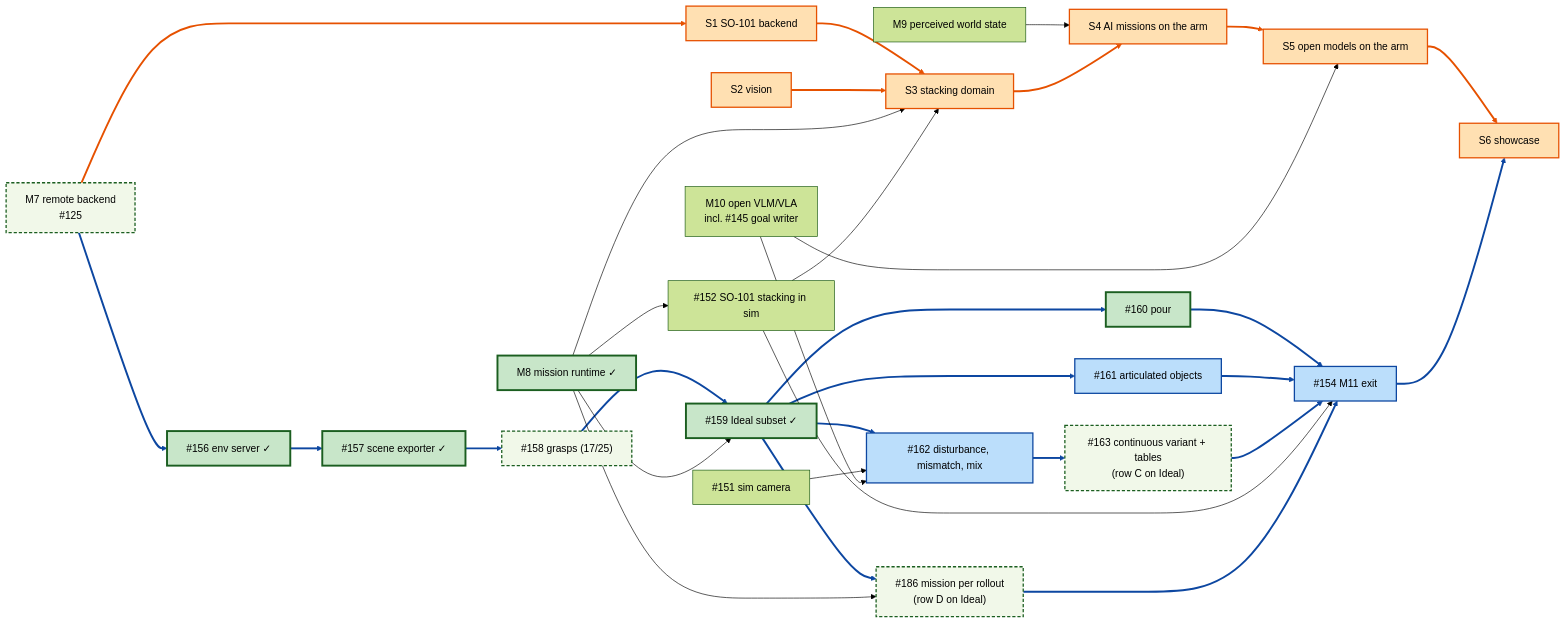
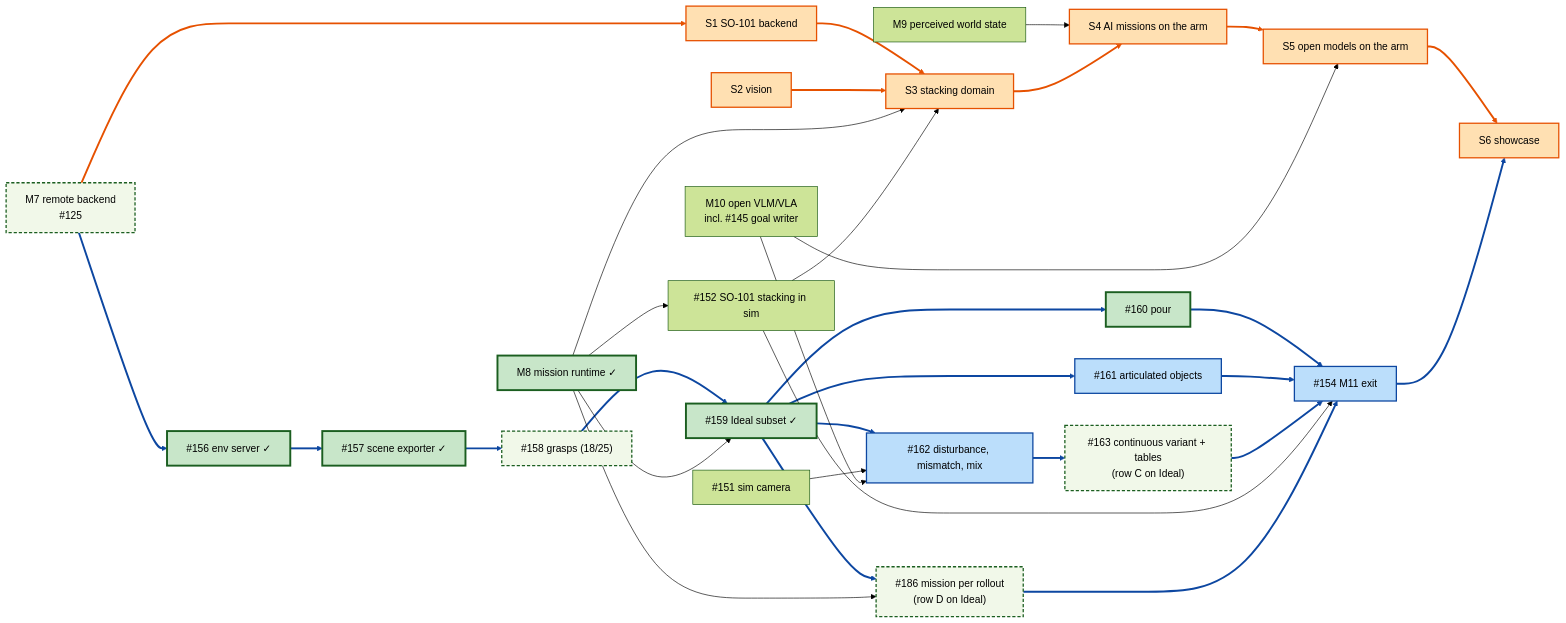
The diagram in docs/plans/roadmap.md (thanhndv212/long-tamp), drawn with Mermaid (forest theme) before and after one commit. The commit also changed other lines of this file and 2 other files, not shown here.

Commit message:
docs(eval): record the R3 grasp-lift of all 25 classes with thin-rim pinches (#158)
A rerun of every class on the current code, rack at
Memory_Execution/case1 (0.75 m out; at Ideal/case2 none of its handles
plans): 18 of 25 picked and 5 held. white_bowl picks in 66 steps and
the rack in 107; the plate (edge pinch past 150 steps) and moka_pot (no
handle plans, never a pick goal) fail. No class picked before fails.

````diff
--- a/docs/plans/roadmap.md
+++ b/docs/plans/roadmap.md
@@ -171,65 +171,65 @@
 ```mermaid
 flowchart LR
   M7[M7 remote backend<br/>#125]
   M8[M8 mission runtime ✓]
   M9[M9 perceived world state]
   M10[M10 open VLM/VLA<br/>incl. #145 goal writer]
   CAM["#151 sim camera"]
   SIM["#152 SO-101 stacking in sim"]
   R1["#156 env server ✓"]
   R2["#157 scene exporter ✓"]
-  R3["#158 grasps (17/25)"]
+  R3["#158 grasps (18/25)"]
   R4["#159 Ideal subset ✓"]
   R5["#160 pour"]
   R6["#161 articulated objects"]
   R7["#162 disturbance, mismatch, mix"]
   R8["#163 continuous variant + tables<br/>(row C on Ideal)"]
   R9["#186 mission per rollout<br/>(row D on Ideal)"]
   X["#154 M11 exit"]
   S1[S1 SO-101 backend]
   S2[S2 vision]
   S3[S3 stacking domain]
   S4[S4 AI missions on the arm]
   S5[S5 open models on the arm]
   S6[S6 showcase]
   M7 --> R1
   R1 --> R2
   R2 --> R3
   R3 --> R4
   M8 --> R4
   R4 --> R5
   R4 --> R6
   R4 --> R7
   CAM --> R7
   M10 --> R7
   R7 --> R8
   R5 --> X
   R6 --> X
   R8 --> X
   M8 --> SIM
   SIM --> X
   M7 --> S1
   S1 --> S3
   S2 --> S3
   M8 --> S3
   SIM --> S3
   M9 --> S4
   S3 --> S4
   S4 --> S5
   M10 --> S5
   S5 --> S6
   X --> S6
   R4 --> R9
   M8 --> R9
   R9 --> X
   classDef hw fill:#ffe0b2,stroke:#e65100,stroke-width:2px,color:#000
   classDef bench fill:#bbdefb,stroke:#0d47a1,stroke-width:2px,color:#000
   class S1,S2,S3,S4,S5,S6 hw
   class R1,R2,R3,R4,R5,R6,R7,R8,R9,X bench
   classDef done fill:#c8e6c9,stroke:#1b5e20,stroke-width:3px,color:#000
   classDef partial fill:#f1f8e9,stroke:#1b5e20,stroke-width:2px,stroke-dasharray:5 3,color:#000
   class M8,R1,R2,R4,R5 done
   class M7,R3,R8,R9 partial
   linkStyle 16,17,18,22,23,25 stroke:#e65100,stroke-width:3px
   linkStyle 0,1,2,3,5,6,7,10,11,12,13,26,27,29 stroke:#0d47a1,stroke-width:3px
 ```
````
